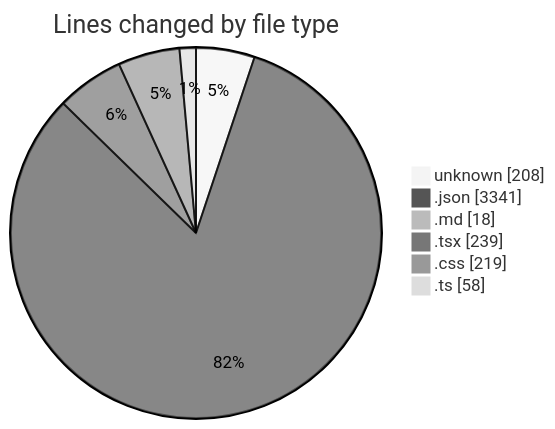
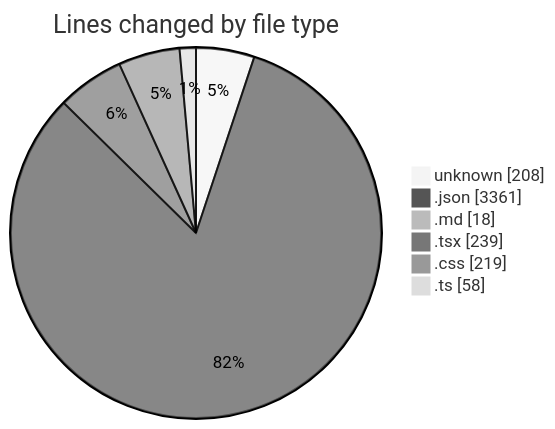
The first of 2 diagrams in 2025-08-07/ribbon/README.md (EIIisD/code-tracking), drawn with Mermaid (neutral theme) before and after one commit. The commit also changed other lines of this file and 1 other file, not shown here.

````diff
--- a/2025-08-07/ribbon/README.md
+++ b/2025-08-07/ribbon/README.md
@@ -30,10 +30,10 @@
 ```mermaid
 pie showData
 title Lines changed by file type
 "unknown" : 208
-".json" : 3341
+".json" : 3361
 ".md" : 18
 ".tsx" : 239
 ".css" : 219
 ".ts" : 58
 ```
````
